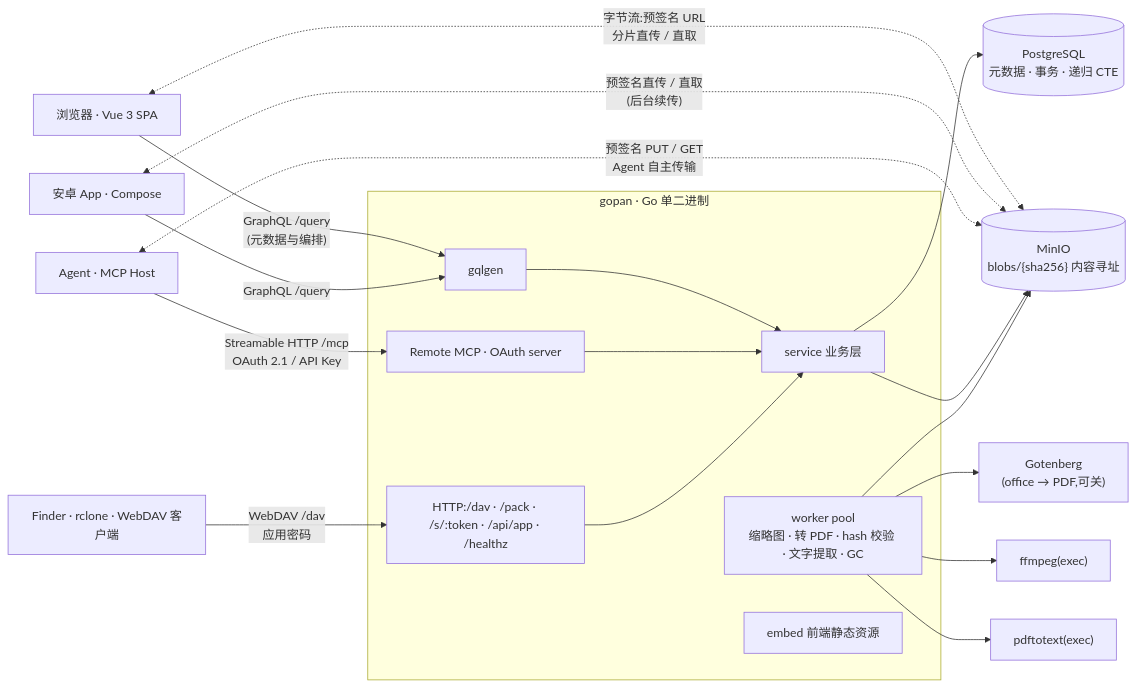
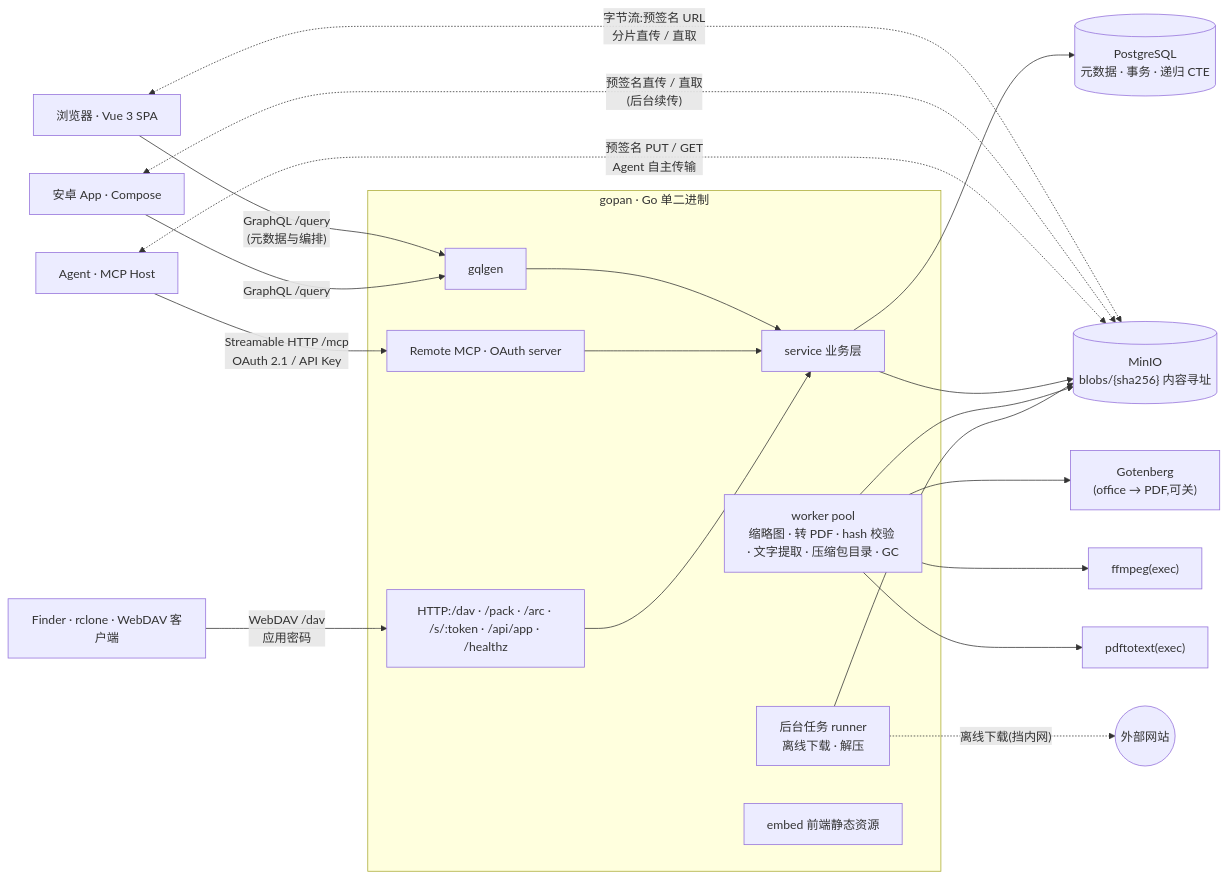
One commit to yophon/gopan changed the diagram in README.md. Above: the diagram before and after it, drawn with Mermaid. The commit also changed other lines of this file, not shown here.

Commit message:
docs: README 到 v3.3(当前阶段、架构图、doc/21 与里程碑)

````diff
--- a/README.md
+++ b/README.md
@@ -26,26 +26,29 @@
 ```mermaid
 flowchart LR
     Browser["浏览器 · Vue 3 SPA"]
     Browser -- "GraphQL /query<br/>(元数据与编排)" --> GQL
     Browser <-. "字节流:预签名 URL<br/>分片直传 / 直取" .-> MinIO
     Android["安卓 App · Compose"] -- "GraphQL /query" --> GQL
     Android <-. "预签名直传 / 直取<br/>(后台续传)" .-> MinIO
     Agent["Agent · MCP Host"] -- "Streamable HTTP /mcp<br/>OAuth 2.1 / API Key" --> MCP
     Agent <-. "预签名 PUT / GET<br/>Agent 自主传输" .-> MinIO
     DAV["Finder · rclone · WebDAV 客户端"] -- "WebDAV /dav<br/>应用密码" --> REST
 
     subgraph Gopan["gopan · Go 单二进制"]
         GQL["gqlgen"] --> Service["service 业务层"]
         MCP["Remote MCP · OAuth server"] --> Service
-        REST["HTTP:/dav · /pack · /s/:token · /api/app · /healthz"] --> Service
-        Worker["worker pool<br/>缩略图 · 转 PDF · hash 校验 · 文字提取 · GC"]
+        REST["HTTP:/dav · /pack · /arc · /s/:token · /api/app · /healthz"] --> Service
+        Worker["worker pool<br/>缩略图 · 转 PDF · hash 校验 · 文字提取 · 压缩包目录 · GC"]
+        Jobs["后台任务 runner<br/>离线下载 · 解压"]
         Embed["embed 前端静态资源"]
     end
 
     Service --> PG[("PostgreSQL<br/>元数据 · 事务 · 递归 CTE")]
     Service --> MinIO[("MinIO<br/>blobs/{sha256} 内容寻址")]
     Worker --> MinIO
     Worker --> GT["Gotenberg<br/>(office → PDF,可关)"]
     Worker --> FF["ffmpeg(exec)"]
     Worker --> PT["pdftotext(exec)"]
+    Jobs --> MinIO
+    Jobs -. "离线下载(挡内网)" .-> Web(("外部网站"))
 ```
````
